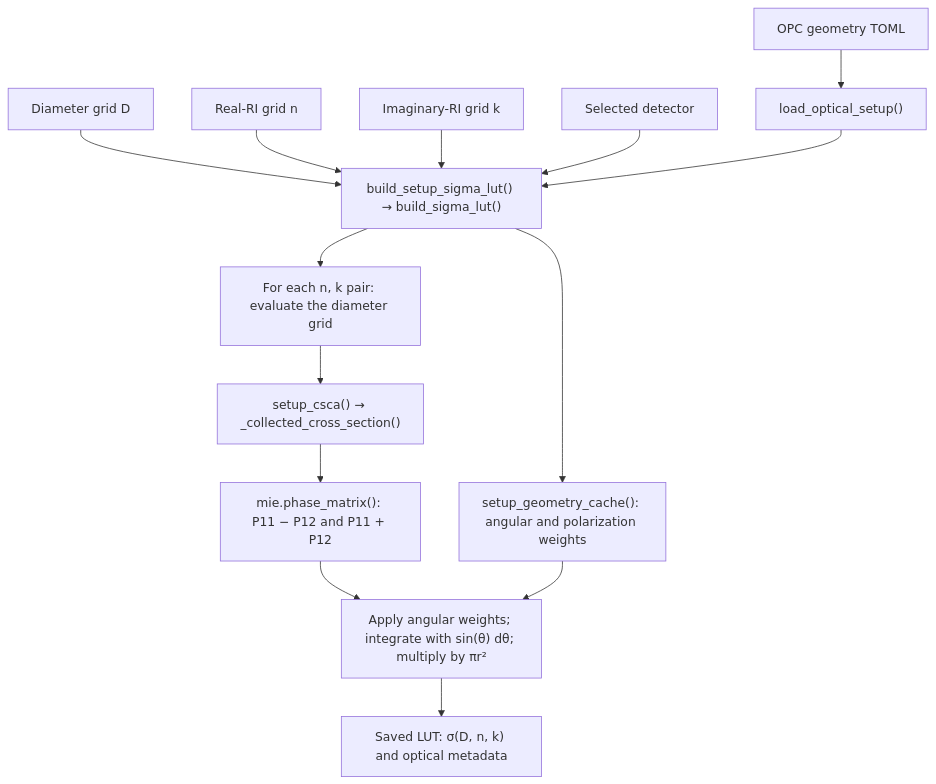
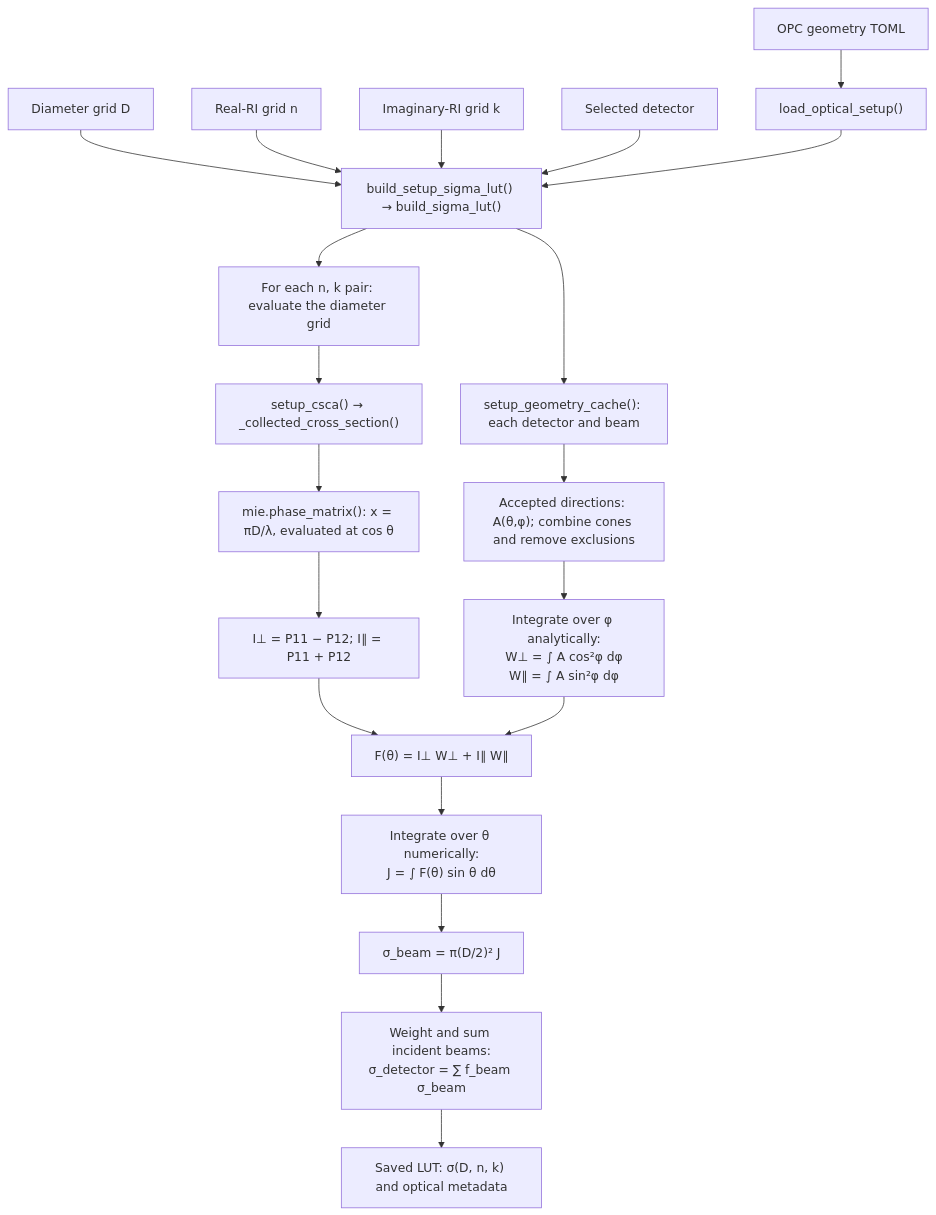
The first of 2 diagrams in docs/figures/optical_workflow.md (bochens/SizeDistMerge), drawn with Mermaid before and after one commit. The commit also changed other lines of this file and 2 other files, not shown here.

Commit message:
Show azimuth and polar integration explicitly in optical workflow

````diff
--- a/docs/figures/optical_workflow.md
+++ b/docs/figures/optical_workflow.md
@@ -18,16 +18,22 @@
 ```mermaid
 flowchart TD
     T["OPC geometry TOML"] --> L["load_optical_setup()"]
     D["Diameter grid D"] --> B["build_setup_sigma_lut() → build_sigma_lut()"]
     N["Real-RI grid n"] --> B
     K["Imaginary-RI grid k"] --> B
     C["Selected detector"] --> B
     L --> B
-    B --> W["setup_geometry_cache(): angular and polarization weights"]
+    B --> W["setup_geometry_cache(): each detector and beam"]
+    W --> MASK["Accepted directions: A(θ,φ); combine cones and remove exclusions"]
+    MASK --> PHI["Integrate over φ analytically:<br/>W⊥ = ∫ A cos²φ dφ<br/>W∥ = ∫ A sin²φ dφ"]
     B --> P["For each n, k pair: evaluate the diameter grid"]
     P --> I["setup_csca() → _collected_cross_section()"]
-    I --> M["mie.phase_matrix(): P11 − P12 and P11 + P12"]
-    M --> A["Apply angular weights; integrate with sin(θ) dθ; multiply by πr²"]
-    W --> A
-    A --> Z["Saved LUT: σ(D, n, k) and optical metadata"]
+    I --> M["mie.phase_matrix(): x = πD/λ, evaluated at cos θ"]
+    M --> INT["I⊥ = P11 − P12; I∥ = P11 + P12"]
+    INT --> F["F(θ) = I⊥ W⊥ + I∥ W∥"]
+    PHI --> F
+    F --> THETA["Integrate over θ numerically:<br/>J = ∫ F(θ) sin θ dθ"]
+    THETA --> AREA["σ_beam = π(D/2)² J"]
+    AREA --> SUM["Weight and sum incident beams:<br/>σ_detector = ∑ f_beam σ_beam"]
+    SUM --> Z["Saved LUT: σ(D, n, k) and optical metadata"]
 ```
````
